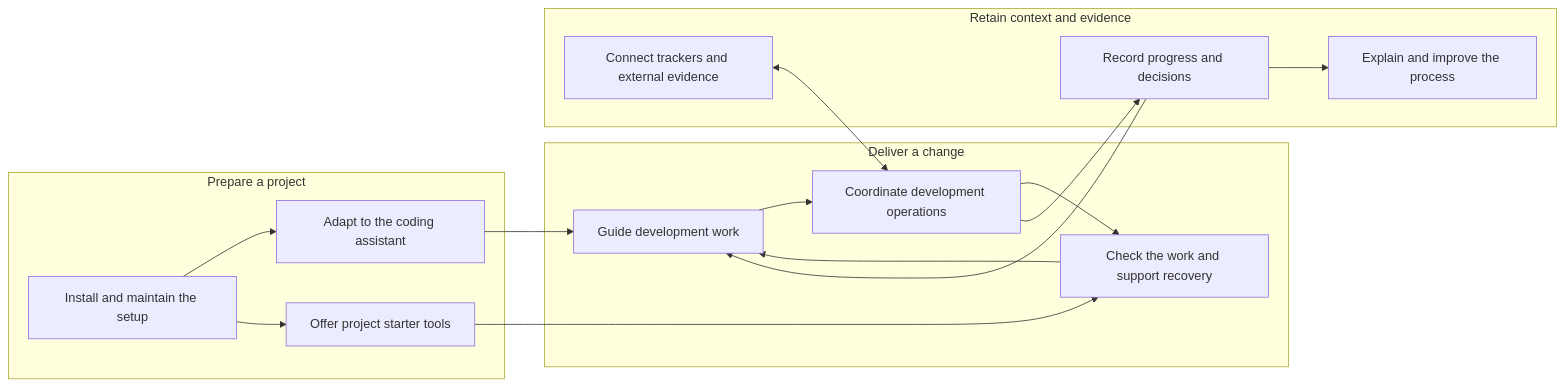
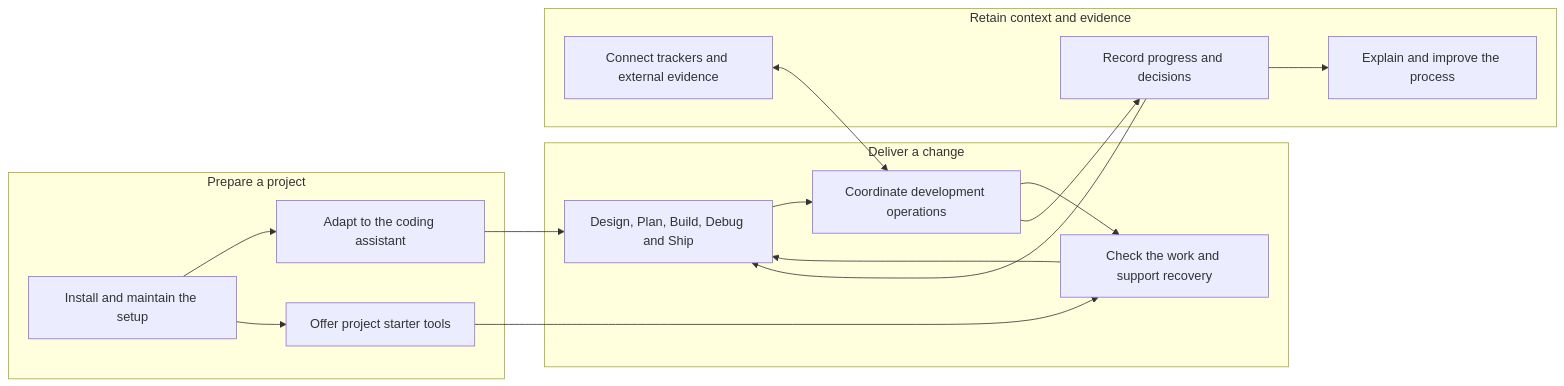
One commit to cbartens/bkit changed the second of 2 diagrams in docs/components.md. Above: the diagram before and after it, drawn with Mermaid. The commit also changed other lines of this file and 1 other file, not shown here.

````diff
--- a/docs/components.md
+++ b/docs/components.md
@@ -25,29 +66,29 @@
 ```mermaid
 flowchart LR
     subgraph setup["Prepare a project"]
         INSTALL["Install and maintain the setup"]
         ADAPT["Adapt to the coding assistant"]
         STARTERS["Offer project starter tools"]
     end
     subgraph delivery["Deliver a change"]
-        GUIDE["Guide development work"]
+        GUIDE["Design, Plan, Build, Debug and Ship"]
         EXECUTE["Coordinate development operations"]
         VERIFY["Check the work and support recovery"]
     end
     subgraph continuity["Retain context and evidence"]
         RECORDS["Record progress and decisions"]
         CONNECT["Connect trackers and external evidence"]
         LEARN["Explain and improve the process"]
     end
     INSTALL --> ADAPT
     INSTALL --> STARTERS
     ADAPT --> GUIDE
     GUIDE --> EXECUTE
     STARTERS --> VERIFY
     EXECUTE --> VERIFY
     VERIFY --> GUIDE
     EXECUTE --> RECORDS
     CONNECT <--> EXECUTE
     RECORDS --> GUIDE
     RECORDS --> LEARN
 ```
````
